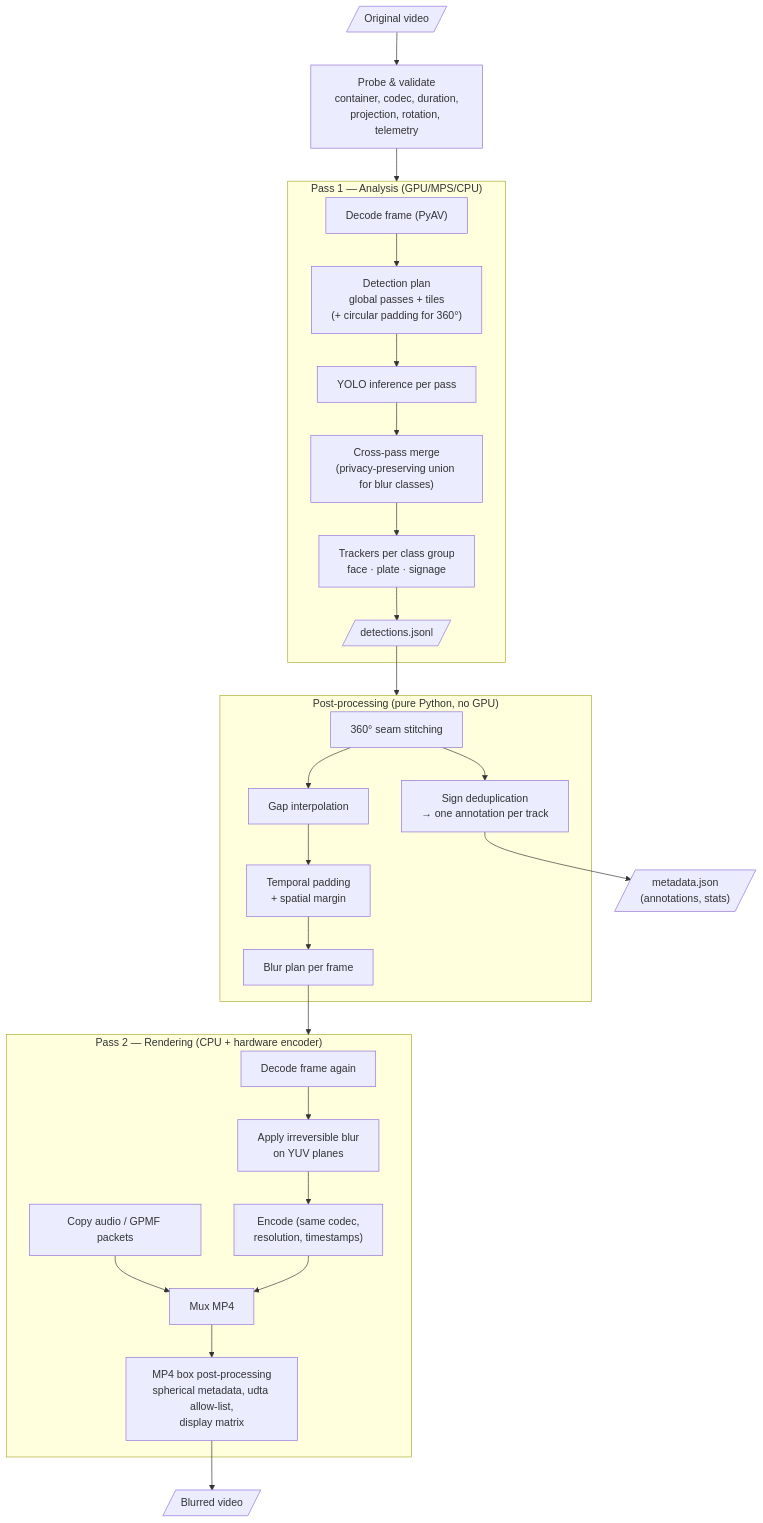
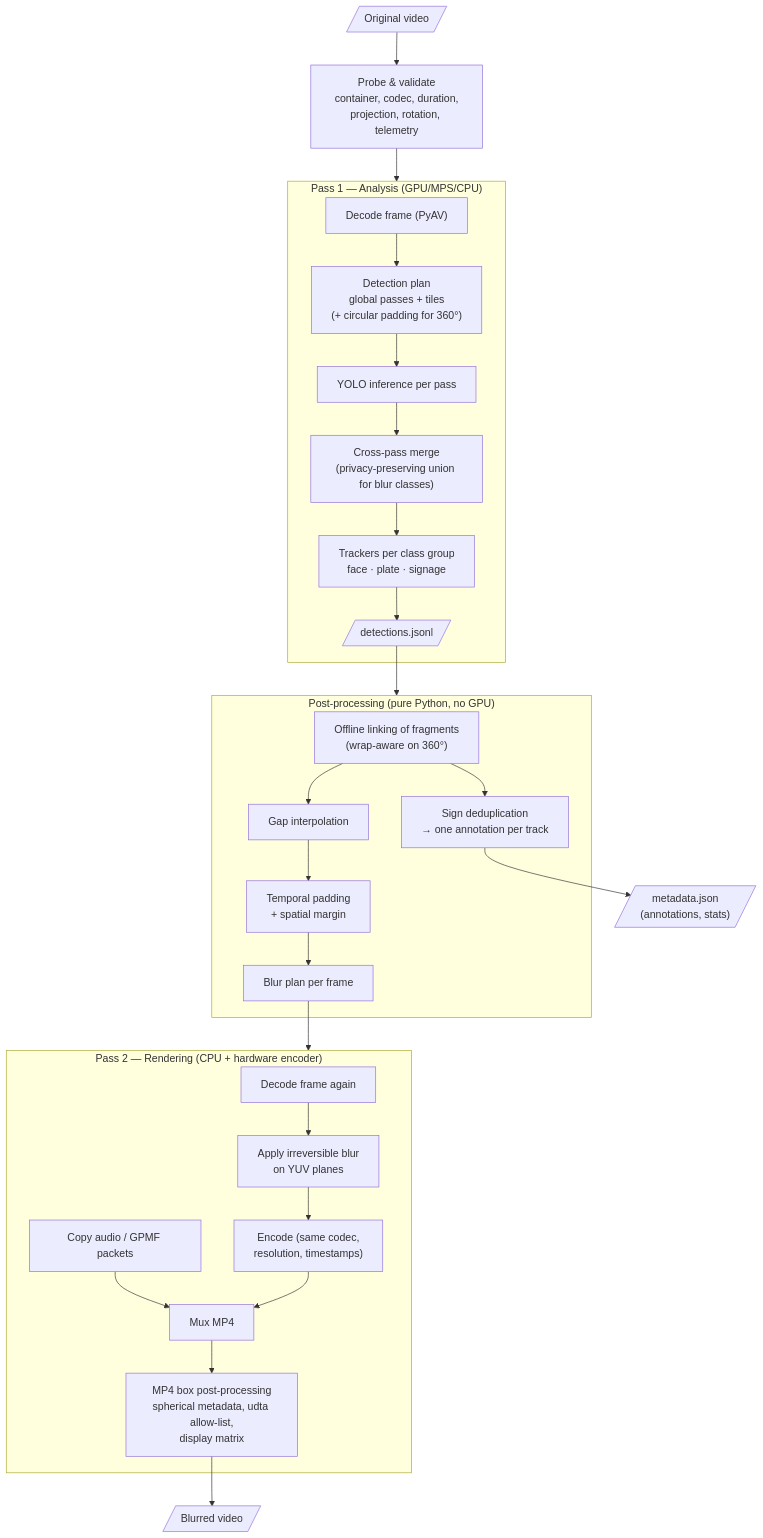
The second of 4 diagrams in docs/design/architecture.md (KylianAUBRY/SGBlur_Video), drawn with Mermaid before and after one commit. The commit also changed other lines of this file and 34 other files, not shown here.

````diff
--- a/docs/design/architecture.md
+++ b/docs/design/architecture.md
@@ -59,29 +59,29 @@
 ```mermaid
 flowchart TD
     src[/"Original video"/] --> probe["Probe & validate<br/>container, codec, duration,<br/>projection, rotation, telemetry"]
     probe --> p1
     subgraph p1["Pass 1 — Analysis (GPU/MPS/CPU)"]
         dec1["Decode frame (PyAV)"] --> plan["Detection plan<br/>global passes + tiles<br/>(+ circular padding for 360°)"]
         plan --> yolo["YOLO inference per pass"]
         yolo --> merge["Cross-pass merge<br/>(privacy-preserving union for blur classes)"]
         merge --> trk["Trackers per class group<br/>face · plate · signage"]
         trk --> jsonl[/"detections.jsonl"/]
     end
     jsonl --> pp
     subgraph pp["Post-processing (pure Python, no GPU)"]
-        stitch["360° seam stitching"] --> gaps["Gap interpolation"]
+        stitch["Offline linking of fragments<br/>(wrap-aware on 360°)"] --> gaps["Gap interpolation"]
         gaps --> pad["Temporal padding<br/>+ spatial margin"]
         pad --> plan2["Blur plan per frame"]
         stitch --> signs["Sign deduplication<br/>→ one annotation per track"]
     end
     plan2 --> p2
     subgraph p2["Pass 2 — Rendering (CPU + hardware encoder)"]
         dec2["Decode frame again"] --> blur["Apply irreversible blur<br/>on YUV planes"]
         blur --> enc["Encode (same codec,<br/>resolution, timestamps)"]
         copy["Copy audio / GPMF packets"] --> mux
         enc --> mux["Mux MP4"]
         mux --> boxes["MP4 box post-processing<br/>spherical metadata, udta allow-list,<br/>display matrix"]
     end
     signs --> meta[/"metadata.json<br/>(annotations, stats)"/]
     boxes --> out[/"Blurred video"/]
 ```
````
